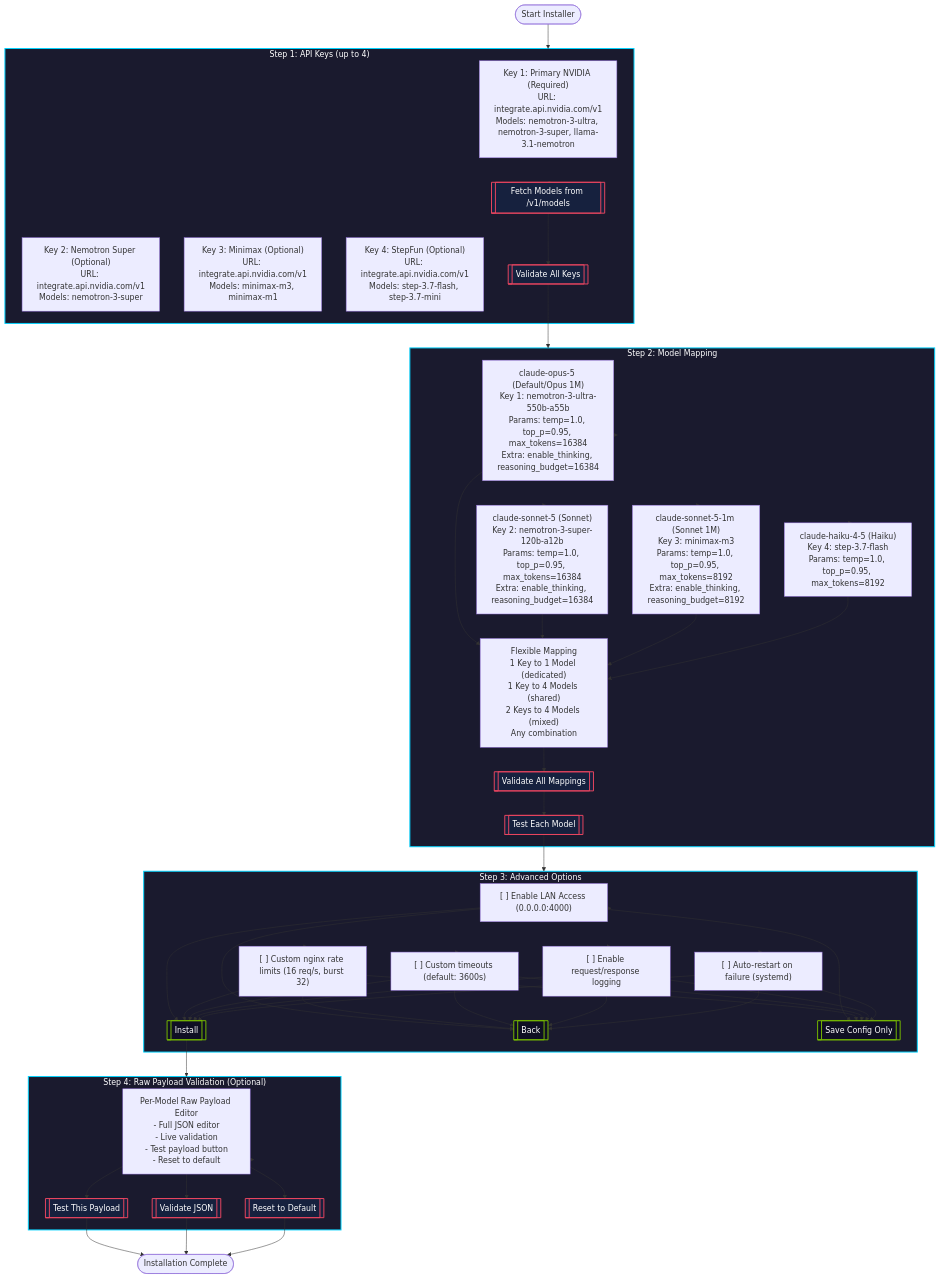
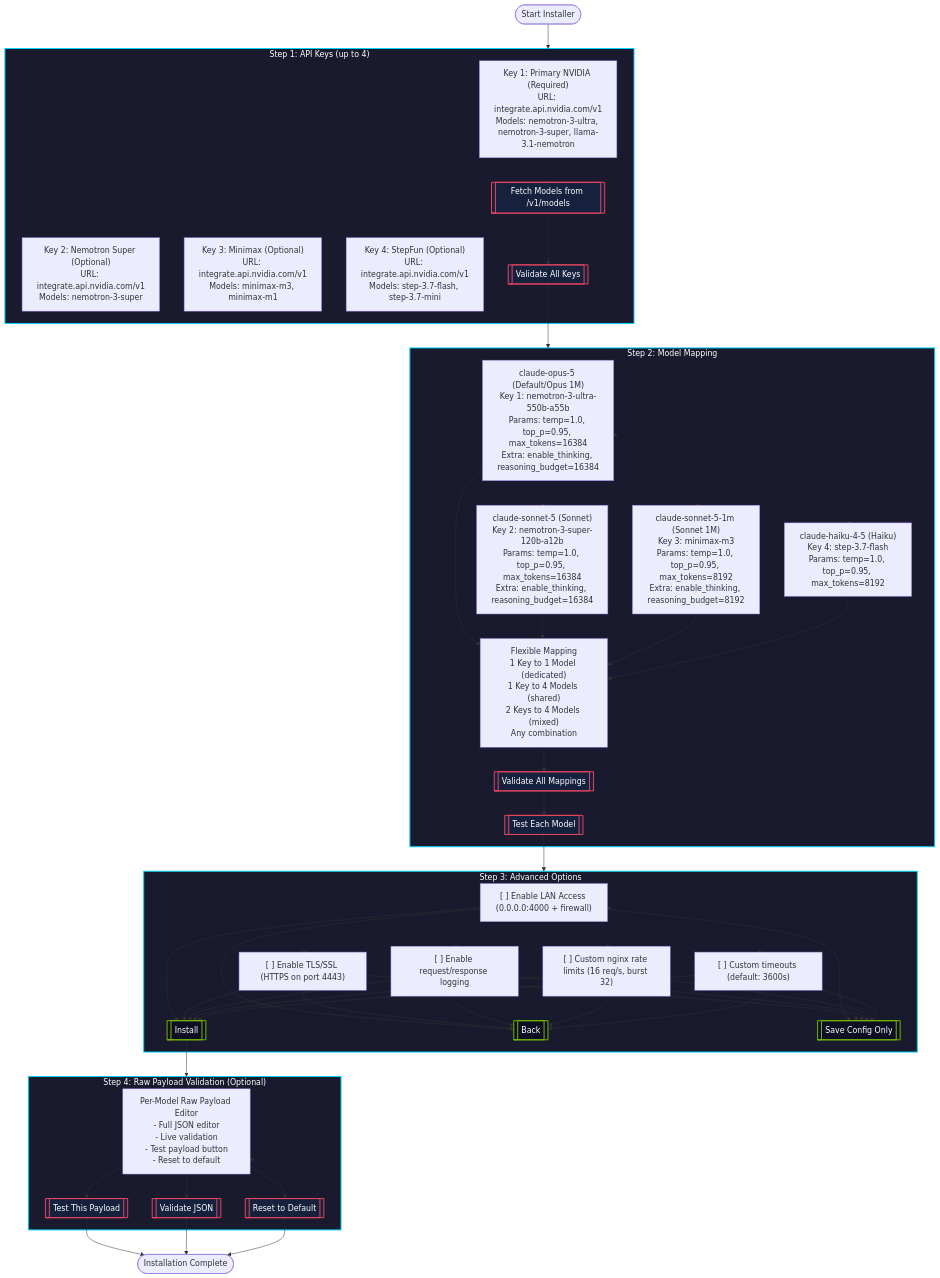
Before and after one commit to S-V-J/myclaude: the third of 3 diagrams in README.md, drawn with Mermaid. The commit also changed other lines of this file and 8 other files, not shown here.

````diff
--- a/README.md
+++ b/README.md
@@ -153,74 +159,74 @@
 ```mermaid
 flowchart TB
     Start([Start Installer]) --> Step1
     
     subgraph Step1["Step 1: API Keys (up to 4)"]
         K1["Key 1: Primary NVIDIA (Required)\nURL: integrate.api.nvidia.com/v1\nModels: nemotron-3-ultra, nemotron-3-super, llama-3.1-nemotron"]
         K2["Key 2: Nemotron Super (Optional)\nURL: integrate.api.nvidia.com/v1\nModels: nemotron-3-super"]
         K3["Key 3: Minimax (Optional)\nURL: integrate.api.nvidia.com/v1\nModels: minimax-m3, minimax-m1"]
         K4["Key 4: StepFun (Optional)\nURL: integrate.api.nvidia.com/v1\nModels: step-3.7-flash, step-3.7-mini"]
         
         FetchModels[["Fetch Models from /v1/models"]]
         ValidateKeys[["Validate All Keys"]]
     end
     
     Step1 --> FetchModels
     FetchModels --> ValidateKeys
     ValidateKeys --> Step2
     
     subgraph Step2["Step 2: Model Mapping"]
         M1["claude-opus-5 (Default/Opus 1M)\nKey 1: nemotron-3-ultra-550b-a55b\nParams: temp=1.0, top_p=0.95, max_tokens=16384\nExtra: enable_thinking, reasoning_budget=16384"]
         M2["claude-sonnet-5 (Sonnet)\nKey 2: nemotron-3-super-120b-a12b\nParams: temp=1.0, top_p=0.95, max_tokens=16384\nExtra: enable_thinking, reasoning_budget=16384"]
         M3["claude-sonnet-5-1m (Sonnet 1M)\nKey 3: minimax-m3\nParams: temp=1.0, top_p=0.95, max_tokens=8192\nExtra: enable_thinking, reasoning_budget=8192"]
         M4["claude-haiku-4-5 (Haiku)\nKey 4: step-3.7-flash\nParams: temp=1.0, top_p=0.95, max_tokens=8192"]
         
         Flexible["Flexible Mapping\n1 Key to 1 Model (dedicated)\n1 Key to 4 Models (shared)\n2 Keys to 4 Models (mixed)\nAny combination"]
         
         ValidateMappings[["Validate All Mappings"]]
         TestModels[["Test Each Model"]]
     end
     
     Step2 --> M1 & M2 & M3 & M4
     M1 & M2 & M3 & M4 --> Flexible
     Flexible --> ValidateMappings
     ValidateMappings --> TestModels
     TestModels --> Step3
     
     subgraph Step3["Step 3: Advanced Options"]
-        A1["[ ] Enable LAN Access (0.0.0.0:4000)"]
-        A2["[ ] Custom nginx rate limits (16 req/s, burst 32)"]
-        A3["[ ] Custom timeouts (default: 3600s)"]
-        A4["[ ] Enable request/response logging"]
-        A5["[ ] Auto-restart on failure (systemd)"]
+        A1["[ ] Enable LAN Access (0.0.0.0:4000 + firewall)"]
+        A2["[ ] Enable TLS/SSL (HTTPS on port 4443)"]
+        A3["[ ] Enable request/response logging"]
+        A4["[ ] Custom nginx rate limits (16 req/s, burst 32)"]
+        A5["[ ] Custom timeouts (default: 3600s)"]
         
         InstallBtn[["Install"]]
         BackBtn[["Back"]]
         SaveBtn[["Save Config Only"]]
     end
     
     Step3 --> A1 & A2 & A3 & A4 & A5
     A1 & A2 & A3 & A4 & A5 --> InstallBtn & BackBtn & SaveBtn
     InstallBtn --> Step4
     
     subgraph Step4["Step 4: Raw Payload Validation (Optional)"]
         Payload["Per-Model Raw Payload Editor\n- Full JSON editor\n- Live validation\n- Test payload button\n- Reset to default"]
         
         TestPayload[["Test This Payload"]]
         ValidateJSON[["Validate JSON"]]
         ResetDefault[["Reset to Default"]]
     end
     
     Step4 --> Payload
     Payload --> TestPayload & ValidateJSON & ResetDefault
     TestPayload --> Done([Installation Complete])
     ValidateJSON --> Done
     ResetDefault --> Done
     
     classDef step fill:#1a1a2e,stroke:#00d4ff,stroke-width:2px,color:#fff
     classDef action fill:#16213e,stroke:#e94560,stroke-width:2px,color:#fff
     classDef button fill:#0f0f23,stroke:#76b900,stroke-width:2px,color:#fff
     
     class Step1,Step2,Step3,Step4 step
     class FetchModels,ValidateKeys,ValidateMappings,TestModels,TestPayload,ValidateJSON,ResetDefault action
     class InstallBtn,BackBtn,SaveBtn button
 ```
````
